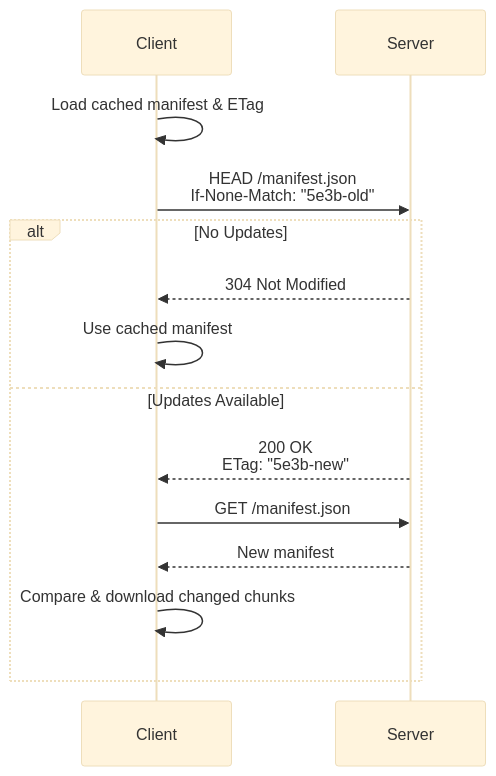
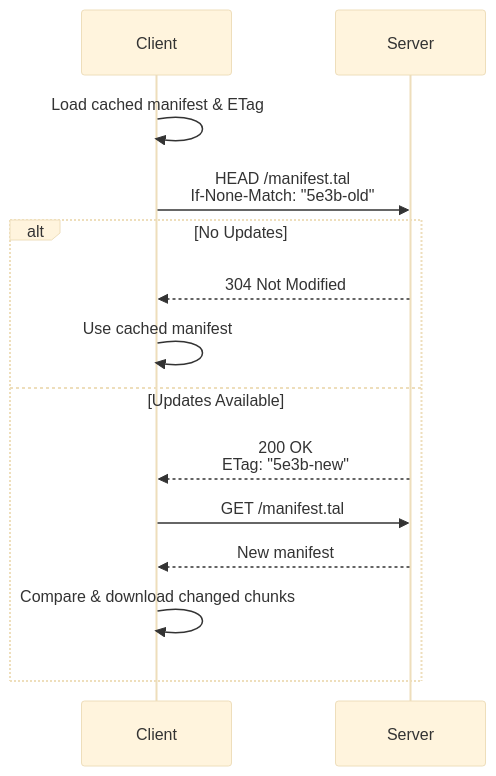
The first of 4 diagrams in docs/src/sequoia/manifest.md (bfowle/talaria), drawn with Mermaid (base theme) before and after one commit. The commit also changed other lines of this file and 290 other files, not shown here.

````diff
--- a/docs/src/sequoia/manifest.md
+++ b/docs/src/sequoia/manifest.md
@@ -187,18 +187,18 @@
 ```mermaid
 sequenceDiagram
     participant Client
     participant Server
 
     Client->>Client: Load cached manifest & ETag
-    Client->>Server: HEAD /manifest.json<br/>If-None-Match: "5e3b-old"
+    Client->>Server: HEAD /manifest.tal<br/>If-None-Match: "5e3b-old"
 
     alt No Updates
         Server-->>Client: 304 Not Modified
         Client->>Client: Use cached manifest
     else Updates Available
         Server-->>Client: 200 OK<br/>ETag: "5e3b-new"
-        Client->>Server: GET /manifest.json
+        Client->>Server: GET /manifest.tal
         Server-->>Client: New manifest
         Client->>Client: Compare & download changed chunks
     end
 ```
````
